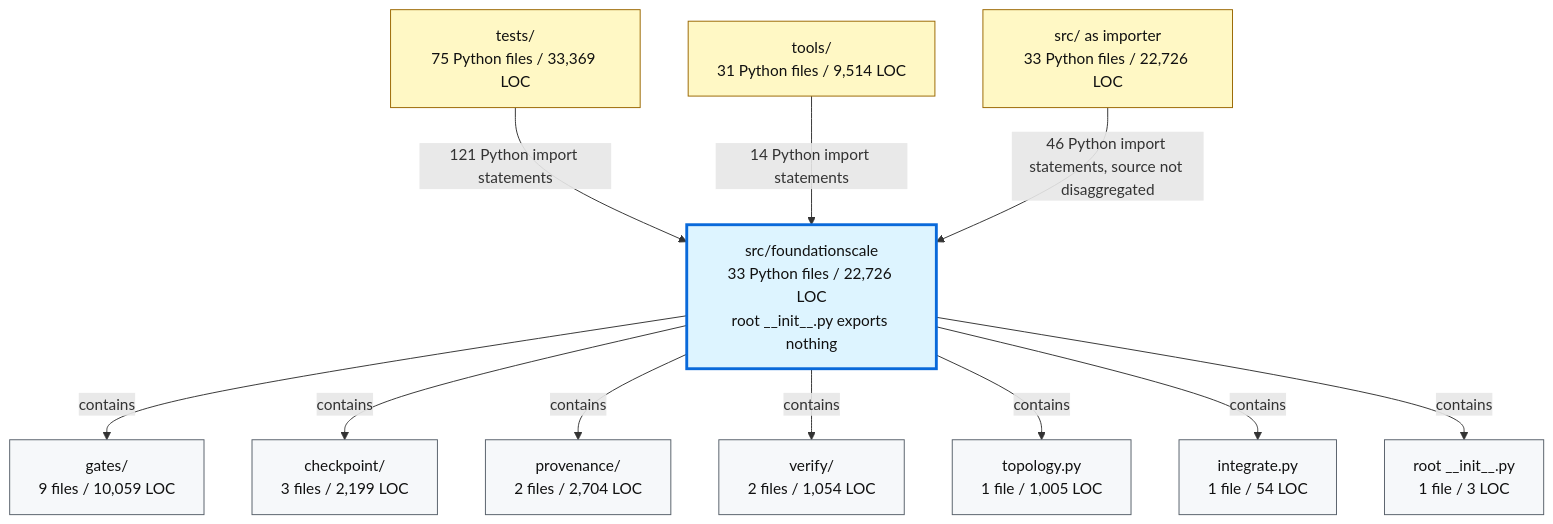
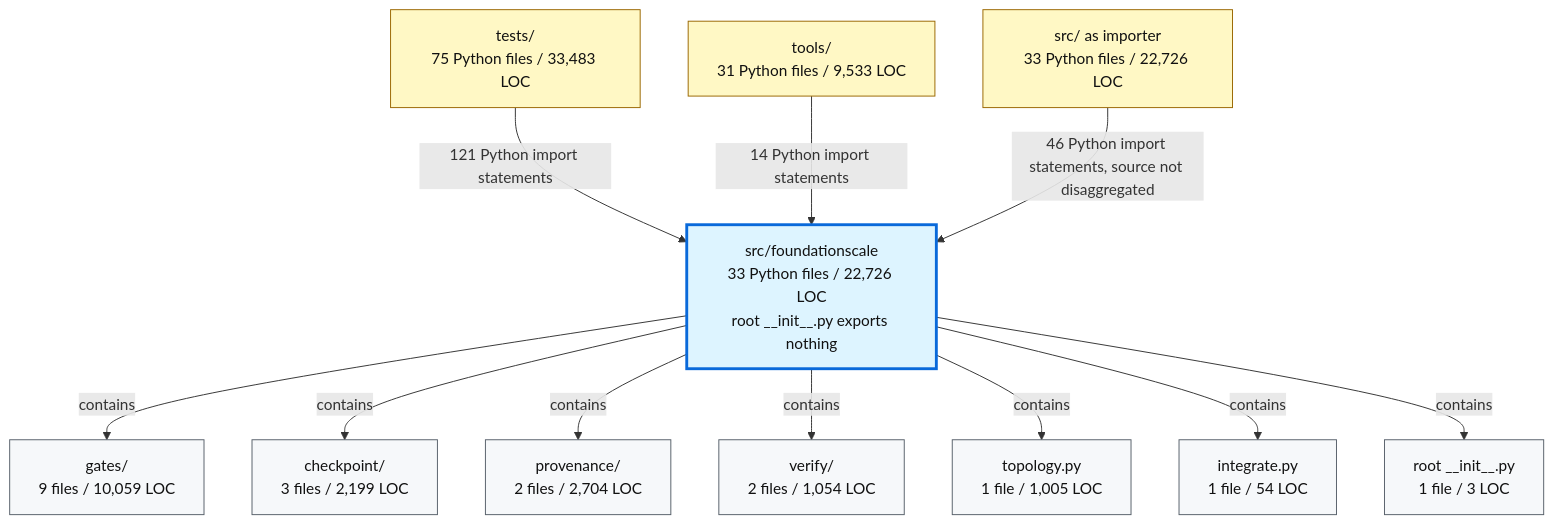
One commit to TranNhiem/FoundationScale changed the second of 2 diagrams in docs/review/D2_current_architecture.md. Above: the diagram before and after it, drawn with Mermaid. The commit also changed other lines of this file and 9 other files, not shown here.

````diff
--- a/docs/review/D2_current_architecture.md
+++ b/docs/review/D2_current_architecture.md
@@ -97,36 +97,36 @@
 ```mermaid
 flowchart TB
-  TESTS["tests/<br/>75 Python files / 33,369 LOC"]
-  TOOLS["tools/<br/>31 Python files / 9,514 LOC"]
+  TESTS["tests/<br/>75 Python files / 33,483 LOC"]
+  TOOLS["tools/<br/>31 Python files / 9,533 LOC"]
   SRC["src/ as importer<br/>33 Python files / 22,726 LOC"]
 
   FS["src/foundationscale<br/>33 Python files / 22,726 LOC<br/>root __init__.py exports nothing"]
 
   GATES["gates/<br/>9 files / 10,059 LOC"]
   CKPT["checkpoint/<br/>3 files / 2,199 LOC"]
   PROV["provenance/<br/>2 files / 2,704 LOC"]
   VERIFY["verify/<br/>2 files / 1,054 LOC"]
   TOPO["topology.py<br/>1 file / 1,005 LOC"]
   INTEG["integrate.py<br/>1 file / 54 LOC"]
   ROOT["root __init__.py<br/>1 file / 3 LOC"]
 
   TESTS -->|"121 Python import statements"| FS
   TOOLS -->|"14 Python import statements"| FS
   SRC -->|"46 Python import statements, source not disaggregated"| FS
 
   FS -->|"contains"| GATES
   FS -->|"contains"| CKPT
   FS -->|"contains"| PROV
   FS -->|"contains"| VERIFY
   FS -->|"contains"| TOPO
   FS -->|"contains"| INTEG
   FS -->|"contains"| ROOT
 
   classDef consumer fill:#fff8c5,stroke:#9a6700,color:#111;
   classDef package fill:#ddf4ff,stroke:#0969da,stroke-width:3px,color:#111;
   classDef module fill:#f6f8fa,stroke:#57606a,color:#111;
 
   class TESTS,TOOLS,SRC consumer;
   class FS package;
   class GATES,CKPT,PROV,VERIFY,TOPO,INTEG,ROOT module;
 ```
````
